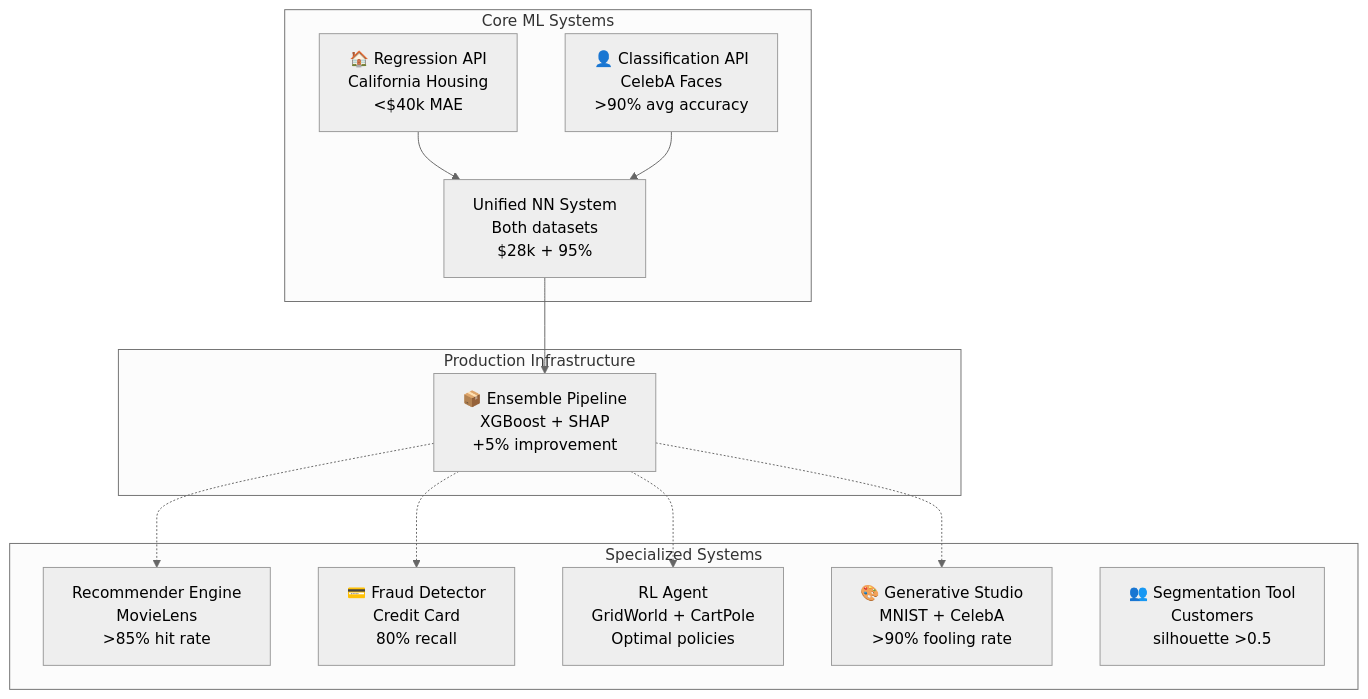
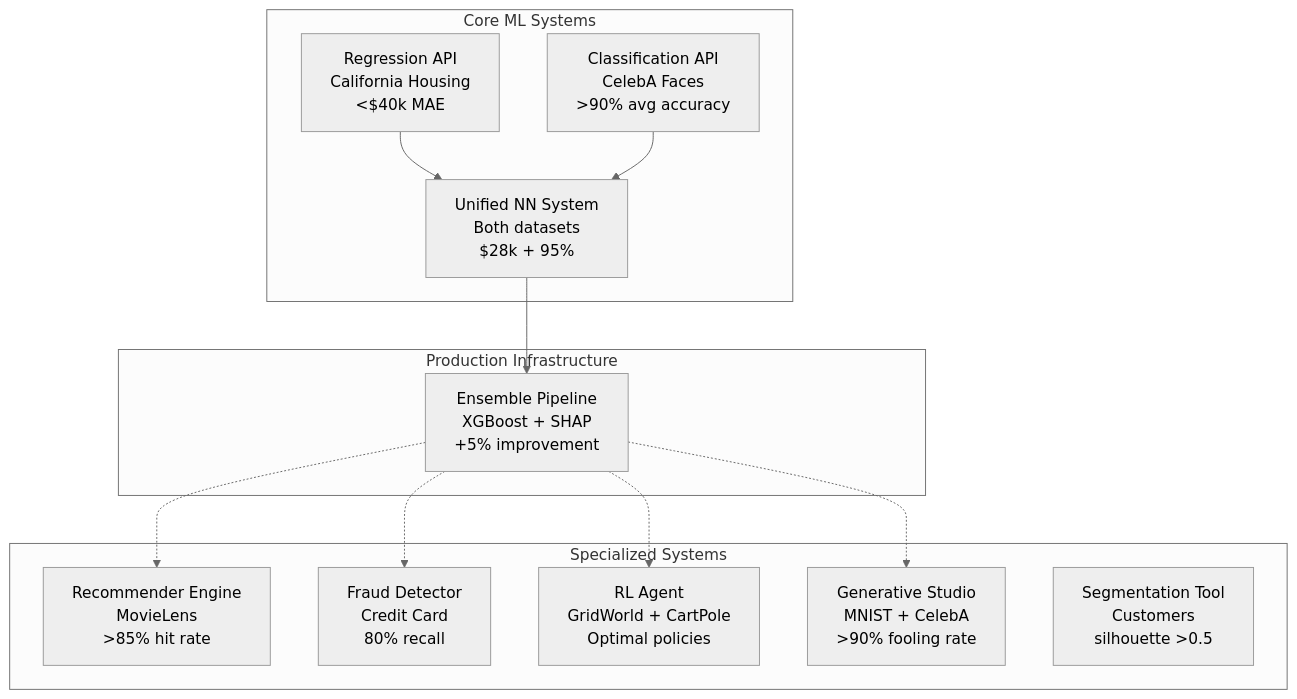
Before and after one commit to dsgouda7/ai-portfolio: the second of 2 diagrams in notes/01-ml/README.md, drawn with Mermaid (neutral theme). The commit also changed 391 other files, not shown here.

````diff
--- a/notes/01-ml/README.md
+++ b/notes/01-ml/README.md
@@ -169,28 +169,28 @@
 ```mermaid
 graph TB
  subgraph Core["Core ML Systems"]
- Reg[🏠 Regression API<br/>California Housing<br/>&lt;$40k MAE]
- Class[👤 Classification API<br/>CelebA Faces<br/>&gt;90% avg accuracy]
+ Reg[ Regression API<br/>California Housing<br/>&lt;$40k MAE]
+ Class[ Classification API<br/>CelebA Faces<br/>&gt;90% avg accuracy]
  NN[ Unified NN System<br/>Both datasets<br/>$28k + 95%]
  end
 
  subgraph Specialized["Specialized Systems"]
  Rec[ Recommender Engine<br/>MovieLens<br/>&gt;85% hit rate]
- Anom[💳 Fraud Detector<br/>Credit Card<br/>80% recall]
+ Anom[ Fraud Detector<br/>Credit Card<br/>80% recall]
  RL[ RL Agent<br/>GridWorld + CartPole<br/>Optimal policies]
- Gen[🎨 Generative Studio<br/>MNIST + CelebA<br/>&gt;90% fooling rate]
- Unsup[👥 Segmentation Tool<br/>Customers<br/>silhouette &gt;0.5]
+ Gen[ Generative Studio<br/>MNIST + CelebA<br/>&gt;90% fooling rate]
+ Unsup[ Segmentation Tool<br/>Customers<br/>silhouette &gt;0.5]
  end
 
  subgraph Advanced["Production Infrastructure"]
- Ens[📦 Ensemble Pipeline<br/>XGBoost + SHAP<br/>+5% improvement]
+ Ens[ Ensemble Pipeline<br/>XGBoost + SHAP<br/>+5% improvement]
  end
 
  Reg --> NN
  Class --> NN
  NN --> Ens
  Ens -.-> Rec
  Ens -.-> Anom
  Ens -.-> RL
  Ens -.-> Gen
 ```
````
